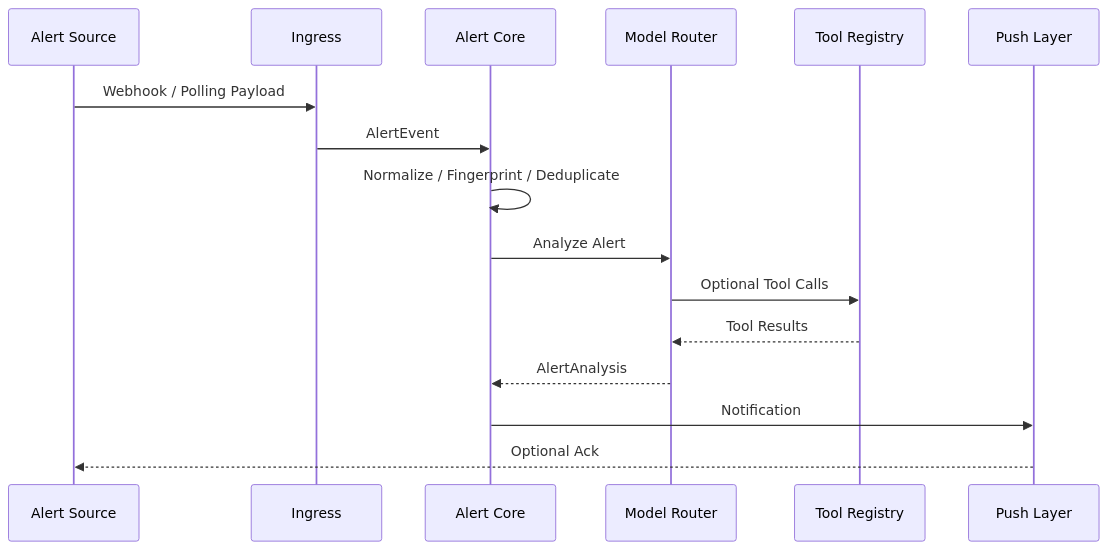
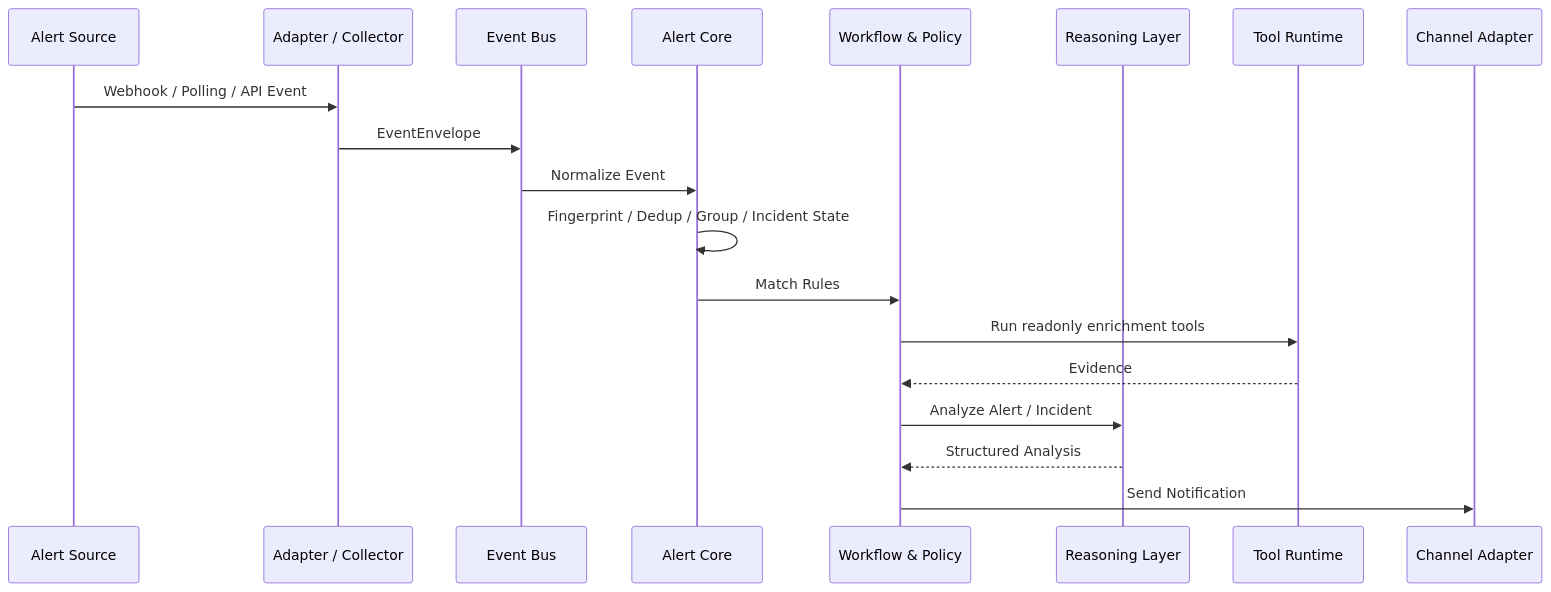
One commit to 1264585648/hubble changed the first of 3 diagrams in docs/architecture.md. Above: the diagram before and after it, drawn with Mermaid. The commit also changed other lines of this file, not shown here.

Commit message:
docs: refine architecture with open-source references

````diff
--- a/docs/architecture.md
+++ b/docs/architecture.md
@@ -178,19 +266,22 @@
 ```mermaid
 sequenceDiagram
-    participant S as Alert Source
-    participant I as Ingress
-    participant C as Alert Core
-    participant M as Model Router
-    participant T as Tool Registry
-    participant P as Push Layer
+    participant Source as Alert Source
+    participant Adapter as Adapter / Collector
+    participant Bus as Event Bus
+    participant Core as Alert Core
+    participant Policy as Workflow & Policy
+    participant Agent as Reasoning Layer
+    participant Tool as Tool Runtime
+    participant Channel as Channel Adapter
 
-    S->>I: Webhook / Polling Payload
-    I->>C: AlertEvent
-    C->>C: Normalize / Fingerprint / Deduplicate
-    C->>M: Analyze Alert
-    M->>T: Optional Tool Calls
-    T-->>M: Tool Results
-    M-->>C: AlertAnalysis
-    C->>P: Notification
-    P-->>S: Optional Ack
+    Source->>Adapter: Webhook / Polling / API Event
+    Adapter->>Bus: EventEnvelope
+    Bus->>Core: Normalize Event
+    Core->>Core: Fingerprint / Dedup / Group / Incident State
+    Core->>Policy: Match Rules
+    Policy->>Tool: Run readonly enrichment tools
+    Tool-->>Policy: Evidence
+    Policy->>Agent: Analyze Alert / Incident
+    Agent-->>Policy: Structured Analysis
+    Policy->>Channel: Send Notification
 ```
````
